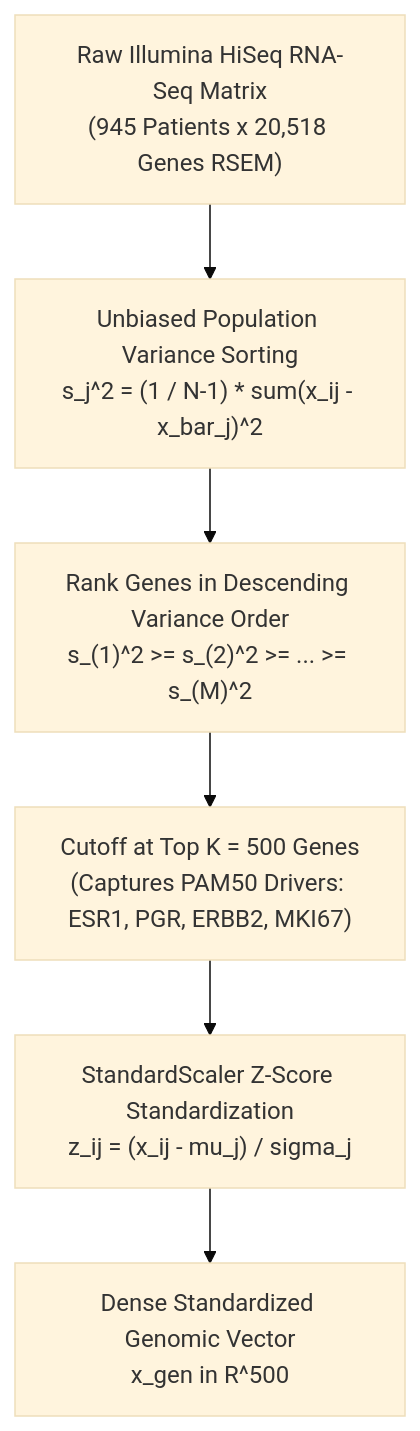
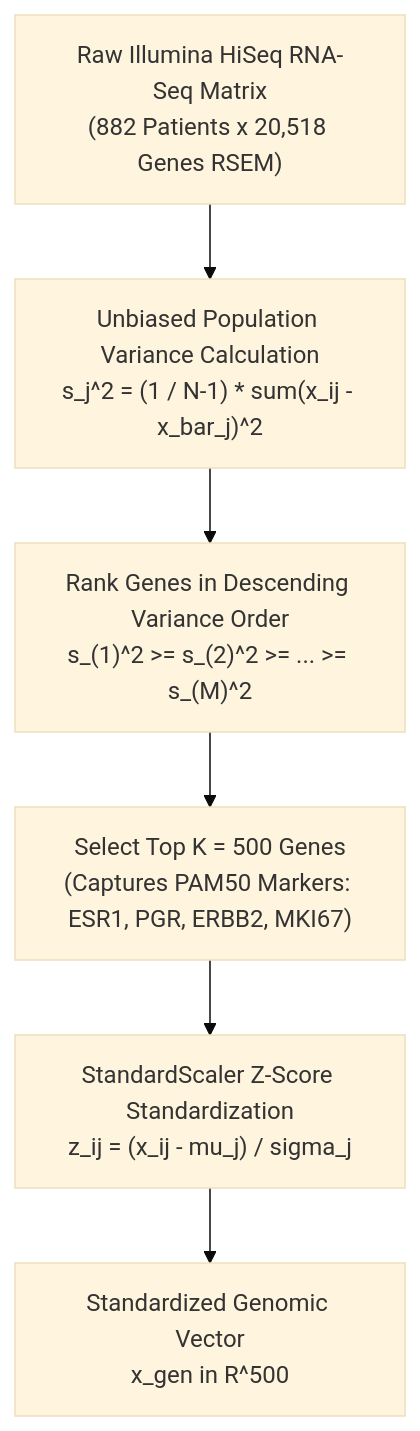
One commit to Cheesenoice/breast-cancer-cdss changed the fifth of 9 diagrams in README.md. Above: the diagram before and after it, drawn with Mermaid (base theme). The commit also changed other lines of this file, not shown here.

````diff
--- a/README.md
+++ b/README.md
@@ -359,8 +355,8 @@
 ```mermaid
 flowchart TD
-    A["Raw Illumina HiSeq RNA-Seq Matrix<br/>(945 Patients x 20,518 Genes RSEM)"] --> B["Unbiased Population Variance Sorting<br/>s_j^2 = (1 / N-1) * sum(x_ij - x_bar_j)^2"]
+    A["Raw Illumina HiSeq RNA-Seq Matrix<br/>(882 Patients x 20,518 Genes RSEM)"] --> B["Unbiased Population Variance Calculation<br/>s_j^2 = (1 / N-1) * sum(x_ij - x_bar_j)^2"]
     B --> C["Rank Genes in Descending Variance Order<br/>s_(1)^2 >= s_(2)^2 >= ... >= s_(M)^2"]
-    C --> D["Cutoff at Top K = 500 Genes<br/>(Captures PAM50 Drivers: ESR1, PGR, ERBB2, MKI67)"]
+    C --> D["Select Top K = 500 Genes<br/>(Captures PAM50 Markers: ESR1, PGR, ERBB2, MKI67)"]
     D --> E["StandardScaler Z-Score Standardization<br/>z_ij = (x_ij - mu_j) / sigma_j"]
-    E --> F["Dense Standardized Genomic Vector<br/>x_gen in R^500"]
+    E --> F["Standardized Genomic Vector<br/>x_gen in R^500"]
 ```
````
